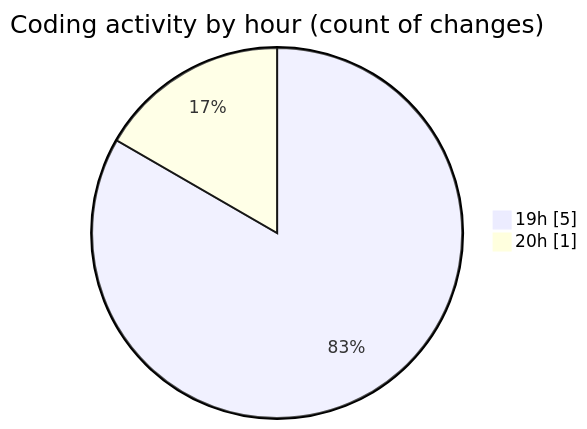
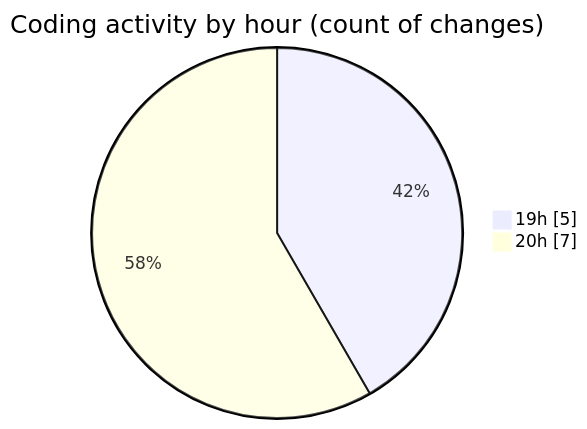
The second of 2 diagrams in 2025-02-19/micros/README.md (charlie-sans/code-tracking), drawn with Mermaid before and after one commit. The commit also changed other lines of this file and 1 other file, not shown here.

````diff
--- a/2025-02-19/micros/README.md
+++ b/2025-02-19/micros/README.md
@@ -30,6 +36,6 @@
 ```mermaid
 pie showData
 title Coding activity by hour (count of changes)
 "19h" : 5
-"20h" : 1
+"20h" : 7
 ```
````
